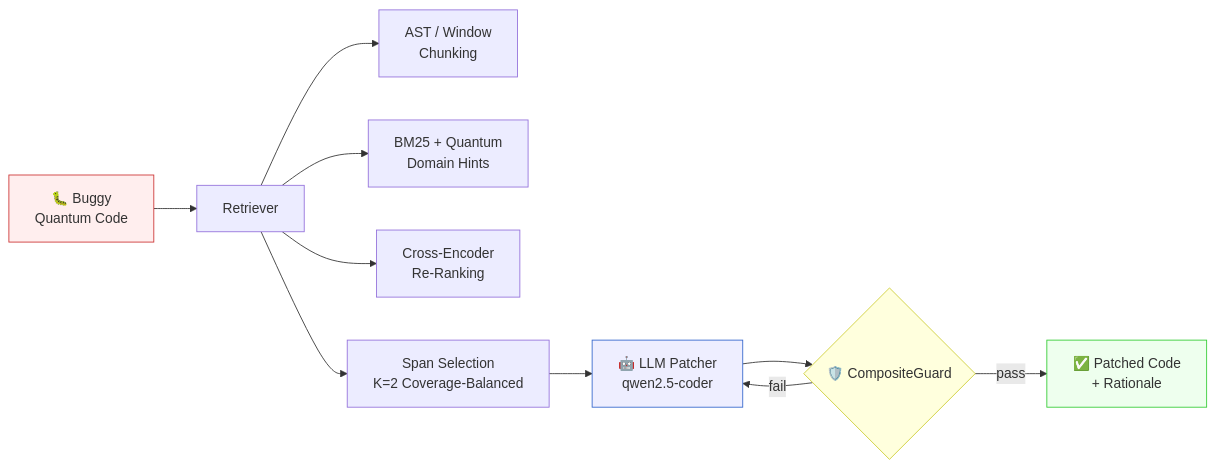
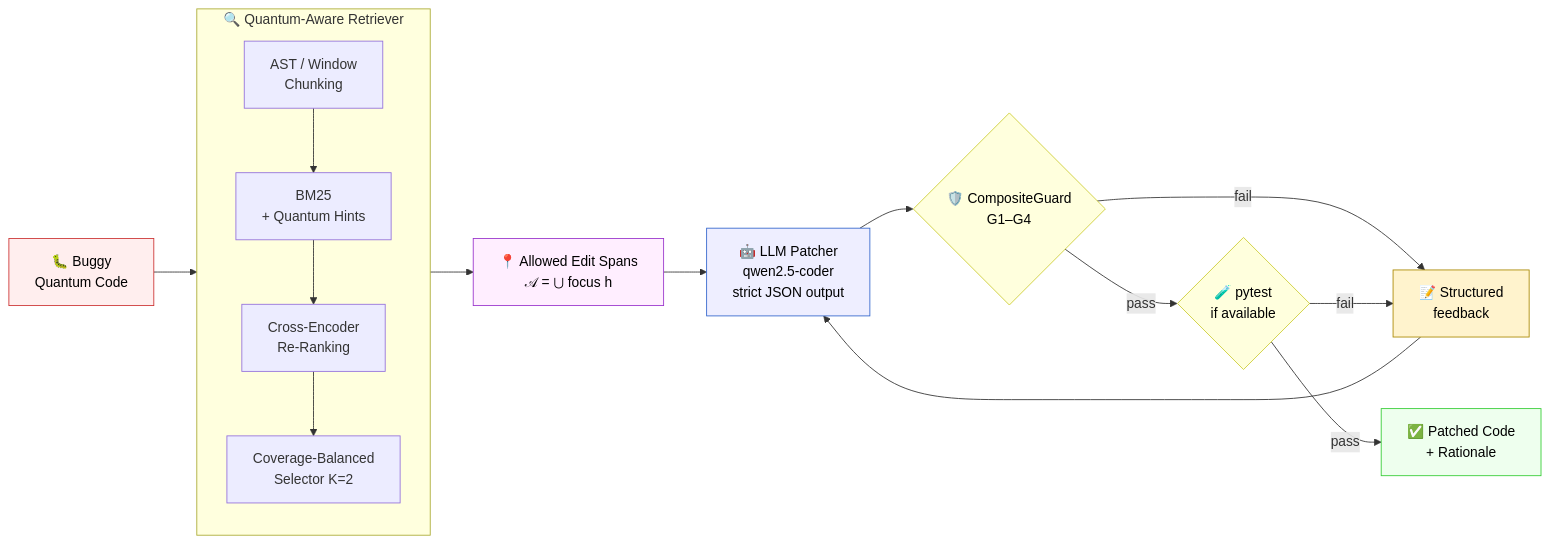
The diagram in README.md (Al-Moccardi/GRAP4Q), drawn with Mermaid before and after one commit. The commit also changed other lines of this file, not shown here.

````diff
--- a/README.md
+++ b/README.md
@@ -57,17 +58,29 @@
 ```mermaid
 flowchart LR
-    A[🐛 Buggy<br/>Quantum Code] --> B[Retriever]
-    B --> B1[AST / Window<br/>Chunking]
-    B --> B2[BM25 + Quantum<br/>Domain Hints]
-    B --> B3[Cross-Encoder<br/>Re-Ranking]
-    B --> C[Span Selection<br/>K=2 Coverage-Balanced]
-    C --> D[🤖 LLM Patcher<br/>qwen2.5-coder]
-    D --> E{🛡️ CompositeGuard}
-    E -->|fail| D
-    E -->|pass| F[✅ Patched Code<br/>+ Rationale]
+    A[🐛 Buggy<br/>Quantum Code]
 
-    style A fill:#fee,stroke:#c33
-    style F fill:#efe,stroke:#3c3
-    style E fill:#ffd,stroke:#cc3
-    style D fill:#eef,stroke:#36c
+    subgraph R [🔍 Quantum-Aware Retriever]
+        direction TB
+        R1[AST / Window<br/>Chunking] --> R2[BM25<br/>+ Quantum Hints]
+        R2 --> R3[Cross-Encoder<br/>Re-Ranking]
+        R3 --> R4[Coverage-Balanced<br/>Selector K=2]
+    end
+
+    A --> R
+    R --> S[📍 Allowed Edit Spans<br/>𝒜 = ⋃ focus h]
+    S --> D[🤖 LLM Patcher<br/>qwen2.5-coder<br/>strict JSON output]
+    D --> E{🛡️ CompositeGuard<br/>G1–G4}
+    E -->|fail| FB[📝 Structured<br/>feedback]
+    FB --> D
+    E -->|pass| T{🧪 pytest<br/>if available}
+    T -->|fail| FB
+    T -->|pass| F[✅ Patched Code<br/>+ Rationale]
+
+    style A fill:#fee,stroke:#c33,color:#000
+    style F fill:#efe,stroke:#3c3,color:#000
+    style E fill:#ffd,stroke:#cc3,color:#000
+    style T fill:#ffd,stroke:#cc3,color:#000
+    style D fill:#eef,stroke:#36c,color:#000
+    style S fill:#fef,stroke:#93c,color:#000
+    style FB fill:#fff3cd,stroke:#a80,color:#000
 ```
````
